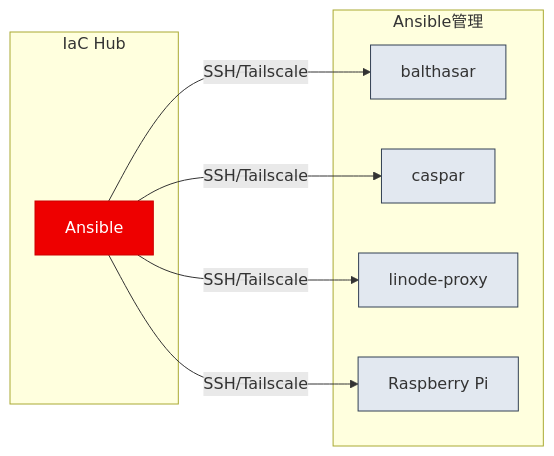
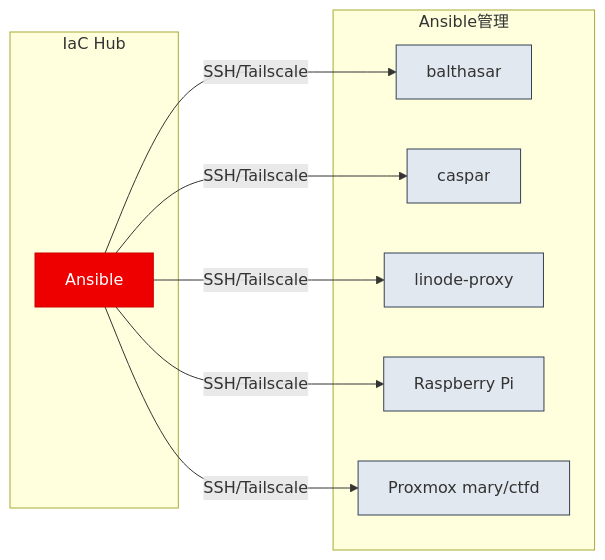
The second of 6 diagrams in README.md (yamisskey-dev/yamisskey-host), drawn with Mermaid before and after one commit. The commit also changed other lines of this file, not shown here.

First line of the commit message:
Add CTFd on Proxmox to service architecture and IaC diagrams

````diff
--- a/README.md
+++ b/README.md
@@ -59,18 +65,19 @@
 ```mermaid
 graph LR
     classDef ansible fill:#ee0000,stroke:#cc0000,color:#fff
     classDef target fill:#e2e8f0,stroke:#334155
 
     subgraph iac[IaC Hub]
         ansible[Ansible]:::ansible
     end
 
     subgraph ansible_targets[Ansible管理]
         balthasar:::target
         caspar:::target
         linode_prox[linode-proxy]:::target
         rpi[Raspberry Pi]:::target
+        ctfd[Proxmox mary/ctfd]:::target
     end
 
-    ansible -->|SSH/Tailscale| balthasar & caspar & linode_prox & rpi
+    ansible -->|SSH/Tailscale| balthasar & caspar & linode_prox & rpi & ctfd
 ```
````
